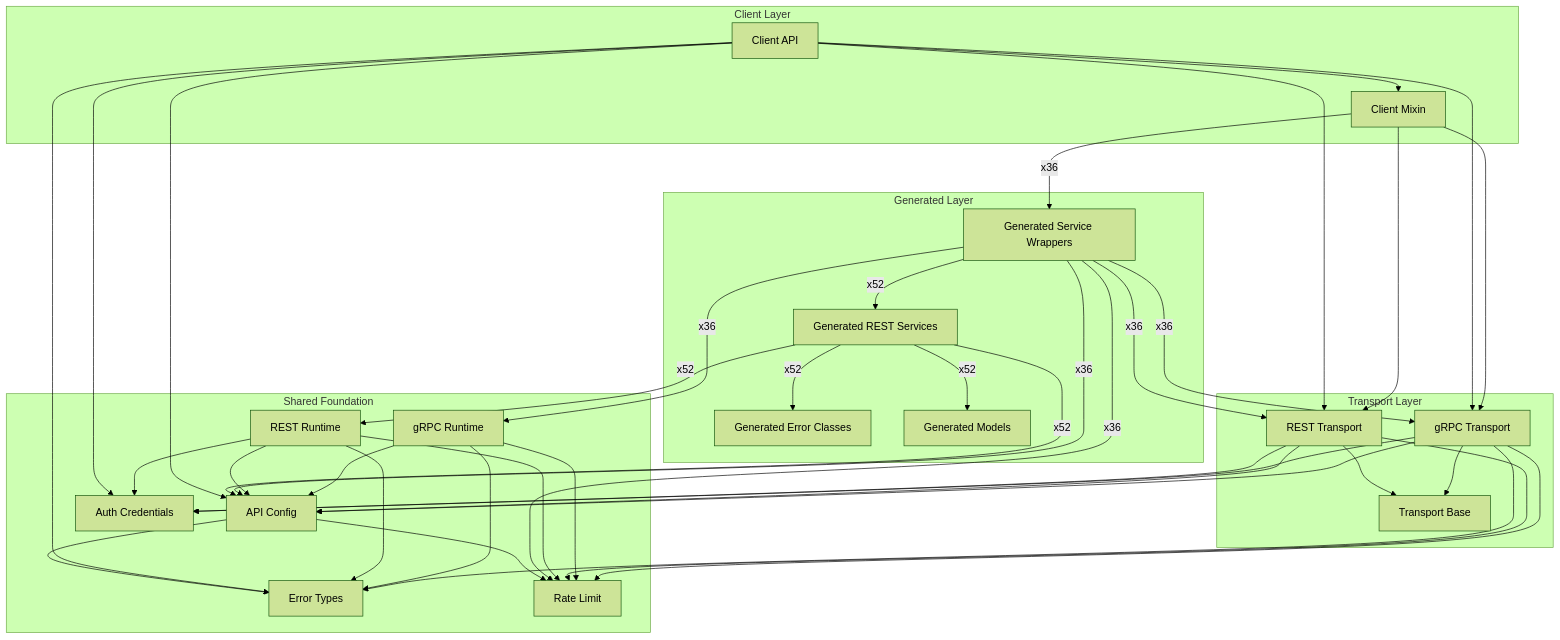
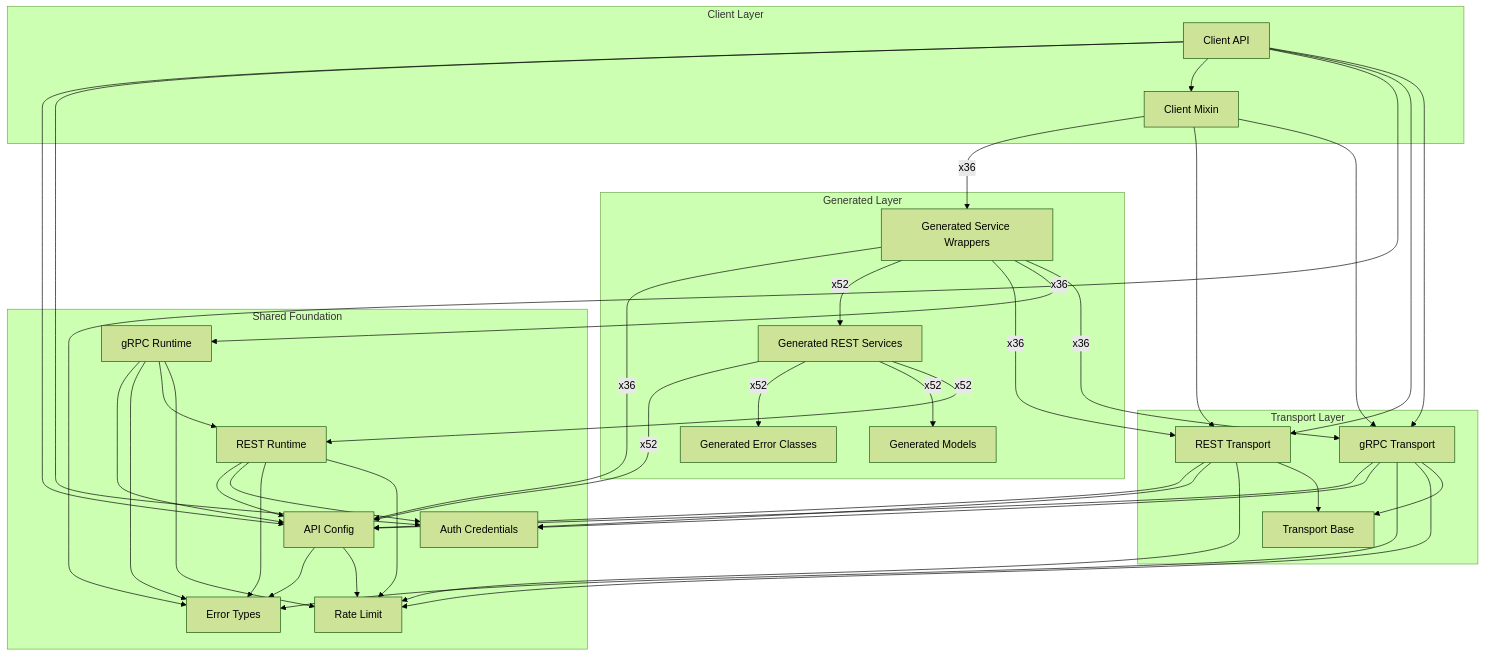
The diagram in docs/sphinx/sdk_runtime_architecture.md (alexdearaujo/community_sdk_python), drawn with Mermaid (forest theme) before and after one commit. The commit also changed 83 other files, not shown here.

Commit message:
test: parse full proto-shaped responses; gRPC validates like REST (T1)

````diff
--- a/docs/sphinx/sdk_runtime_architecture.md
+++ b/docs/sphinx/sdk_runtime_architecture.md
@@ -22,64 +22,64 @@
 ```mermaid
 flowchart TB
     subgraph client["Client Layer"]
         Client_API["Client API"]
         Client_Mixin["Client Mixin"]
     end
     subgraph generated["Generated Layer"]
         Generated_Error_Classes["Generated Error Classes"]
         Generated_Models["Generated Models"]
         Generated_REST_Services["Generated REST Services"]
         Generated_Service_Wrappers["Generated Service Wrappers"]
     end
     subgraph transport["Transport Layer"]
         REST_Transport["REST Transport"]
         Transport_Base["Transport Base"]
         gRPC_Transport["gRPC Transport"]
     end
     subgraph foundation["Shared Foundation"]
         API_Config["API Config"]
         Auth_Credentials["Auth Credentials"]
         Error_Types["Error Types"]
         REST_Runtime["REST Runtime"]
         Rate_Limit["Rate Limit"]
         gRPC_Runtime["gRPC Runtime"]
     end
 
     API_Config --> Error_Types
     API_Config --> Rate_Limit
     Client_API --> API_Config
     Client_API --> Auth_Credentials
     Client_API --> Client_Mixin
     Client_API --> Error_Types
     Client_API --> REST_Transport
     Client_API --> gRPC_Transport
     Client_Mixin -->|"x36"| Generated_Service_Wrappers
     Client_Mixin --> REST_Transport
     Client_Mixin --> gRPC_Transport
     Generated_REST_Services -->|"x52"| API_Config
     Generated_REST_Services -->|"x52"| Generated_Error_Classes
     Generated_REST_Services -->|"x52"| Generated_Models
     Generated_REST_Services -->|"x52"| REST_Runtime
     Generated_Service_Wrappers -->|"x36"| API_Config
     Generated_Service_Wrappers -->|"x52"| Generated_REST_Services
     Generated_Service_Wrappers -->|"x36"| REST_Transport
-    Generated_Service_Wrappers -->|"x36"| Rate_Limit
     Generated_Service_Wrappers -->|"x36"| gRPC_Runtime
     Generated_Service_Wrappers -->|"x36"| gRPC_Transport
     REST_Runtime --> API_Config
     REST_Runtime --> Auth_Credentials
     REST_Runtime --> Error_Types
     REST_Runtime --> Rate_Limit
     REST_Transport --> API_Config
     REST_Transport --> Auth_Credentials
     REST_Transport --> Rate_Limit
     REST_Transport --> Transport_Base
     gRPC_Runtime --> API_Config
     gRPC_Runtime --> Error_Types
+    gRPC_Runtime --> REST_Runtime
     gRPC_Runtime --> Rate_Limit
     gRPC_Transport --> API_Config
     gRPC_Transport --> Auth_Credentials
     gRPC_Transport --> Error_Types
     gRPC_Transport --> Rate_Limit
     gRPC_Transport --> Transport_Base
 ```
````
